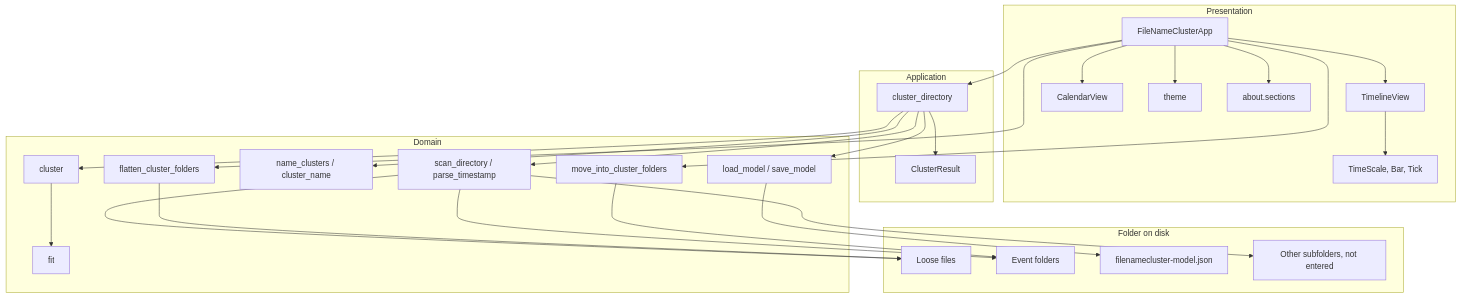
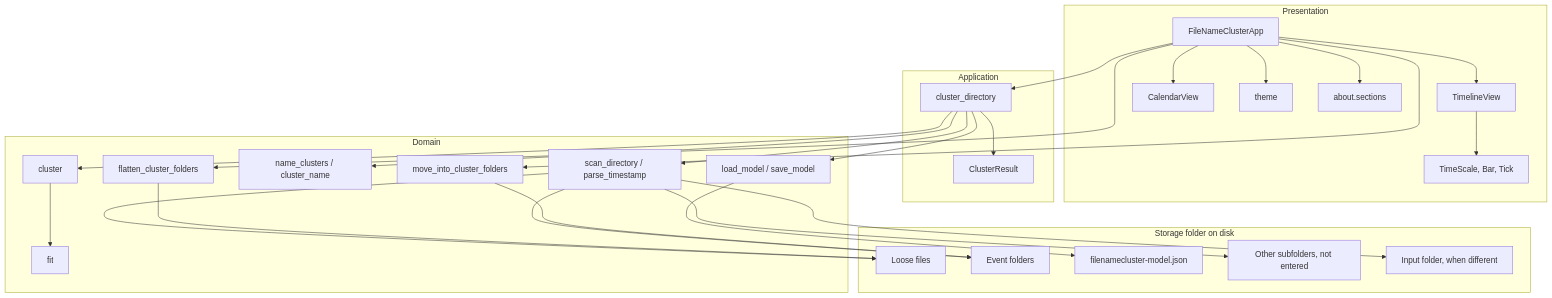
The second of 5 diagrams in docs/architecture.md (rvcgeeks/filenamecluster), drawn with Mermaid before and after one commit. The commit also changed other lines of this file and 47 other files, not shown here.

````diff
--- a/docs/architecture.md
+++ b/docs/architecture.md
@@ -29,54 +30,56 @@
 ```mermaid
 flowchart TB
     subgraph presentation["Presentation"]
         app["FileNameClusterApp"]
         timeline["TimelineView"]
         calendar["CalendarView"]
         layout["TimeScale, Bar, Tick"]
         theme["theme"]
         about["about.sections"]
     end
 
     subgraph application["Application"]
         pipeline["cluster_directory"]
         result["ClusterResult"]
     end
 
     subgraph domain["Domain"]
         parse["scan_directory / parse_timestamp"]
         cluster["cluster"]
         fit["fit"]
         names["name_clusters / cluster_name"]
         move["move_into_cluster_folders"]
         flatten["flatten_cluster_folders"]
         modelfile["load_model / save_model"]
     end
 
-    subgraph storage["Folder on disk"]
+    subgraph storage["Storage folder on disk"]
         loose["Loose files"]
         events["Event folders"]
         json["filenamecluster-model.json"]
         other["Other subfolders, not entered"]
+        incoming["Input folder, when different"]
     end
 
     app --> timeline
     app --> calendar
     timeline --> layout
     app --> theme
     app --> about
     app --> pipeline
     app --> move
     app --> flatten
     pipeline --> result
     pipeline --> parse
     pipeline --> cluster
     pipeline --> names
     pipeline --> modelfile
     cluster --> fit
     parse --> loose
     parse --> events
     parse --> other
+    parse --> incoming
     modelfile --> json
     move --> events
     flatten --> loose
 ```
````
